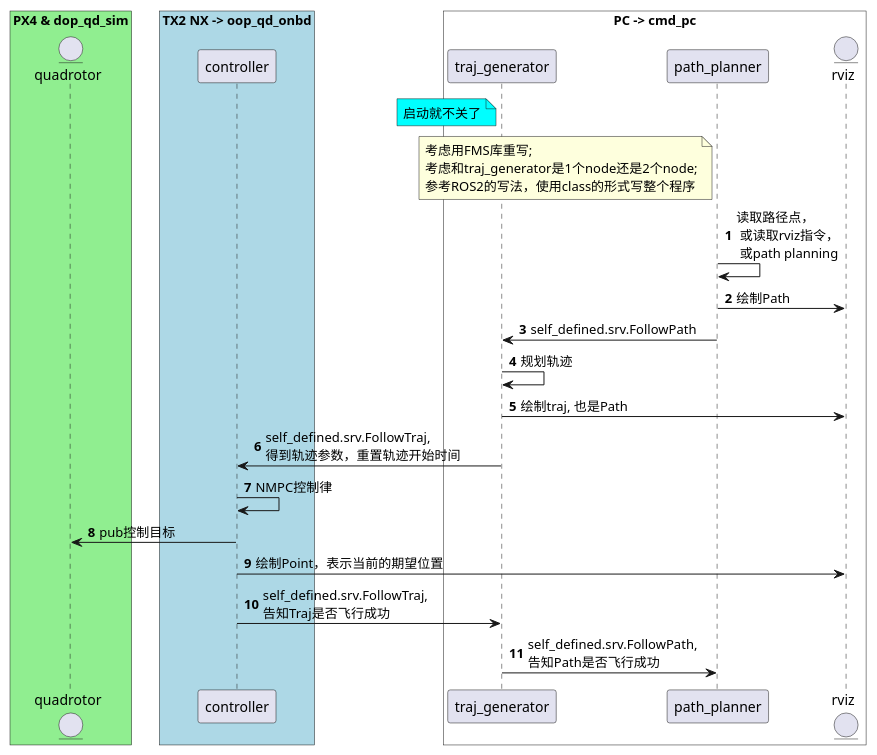
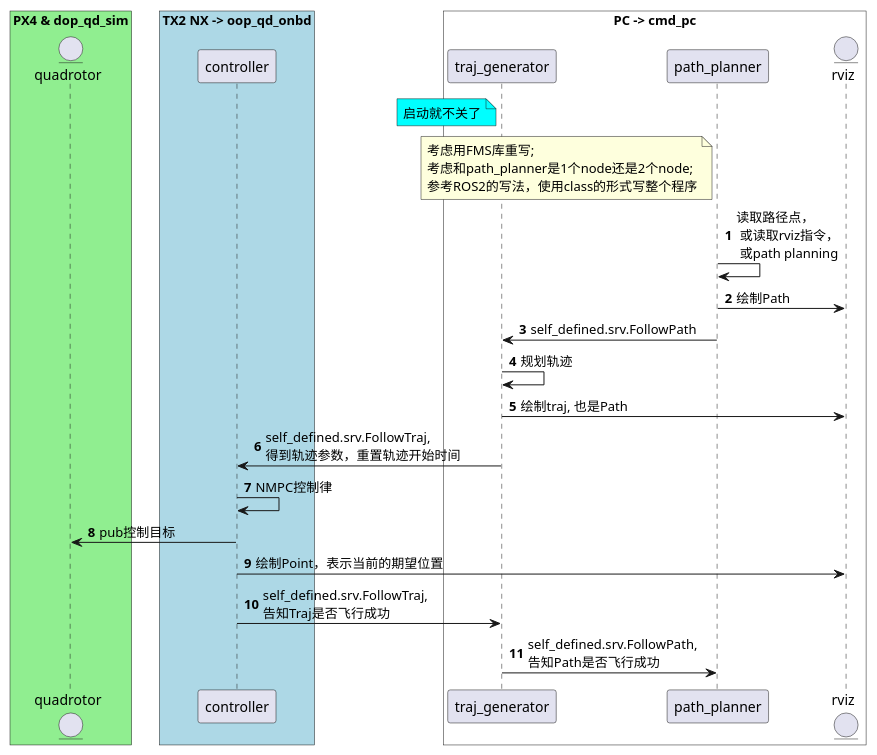
Before and after one commit to Li-Jinjie/cmd_pc: the diagram in UMLs/workflow.puml, drawn with PlantUML. The commit also changed 2 other files, not shown here.

```diff
--- a/UMLs/workflow.puml
+++ b/UMLs/workflow.puml
@@ -1,72 +1,72 @@
 @startuml
 'https://plantuml.com/sequence-diagram
 
 autonumber
 
 box "PX4 & dop_qd_sim" #LightGreen
 entity quadrotor
 end box
 
 box "TX2 NX -> oop_qd_onbd" #LightBLUE
 participant controller
 end box
 'note right of pt_publisher #aqua
 '需要从ROS里拿一个parameter
 '确定是选SE3还是NMPC
 'end note
 
 box "PC -> cmd_pc" #White
 participant traj_generator
 participant path_planner
 entity rviz
 end box
 
 note left of traj_generator #aqua
 启动就不关了
 end note
 
 note left of path_planner
 考虑用FMS库重写;
-考虑和traj_generator是1个node还是2个node;
+考虑和path_planner是1个node还是2个node;
 参考ROS2的写法，使用class的形式写整个程序
 end note
 
 path_planner -> path_planner: 读取路径点，\n 或读取rviz指令，\n 或path planning
 path_planner -> rviz: 绘制Path
 path_planner -> traj_generator: self_defined.srv.FollowPath
 
 
 traj_generator -> traj_generator: 规划轨迹
 traj_generator -> rviz: 绘制traj, 也是Path
 traj_generator -> controller: self_defined.srv.FollowTraj, \n得到轨迹参数，重置轨迹开始时间
 
 controller -> controller: NMPC控制律
 controller -> quadrotor: pub控制目标
 controller -> rviz: 绘制Point，表示当前的期望位置
 
 
 controller -> traj_generator: self_defined.srv.FollowTraj, \n告知Traj是否飞行成功
 traj_generator -> path_planner: self_defined.srv.FollowPath, \n告知Path是否飞行成功
 
 'controller -> traj_generator: self_defined.srv.GetTraj, \n告知当前点已飞行完毕，当前点位置
 'note left
 '状态: IDLE
 'end note
 '
 'traj_generator -> path_planner: nav.msgs.srv.GetPlan, \n告知当前点已飞行完毕，当前点位置
 '
 'path_planner -> path_planner: path planning
 'path_planner -> rviz: 绘制Path
 'path_planner -> traj_generator: nav.msgs.srv.GetPlan, 回复Path, 得到全部路径点
 '
 'traj_generator -> traj_generator: 规划轨迹
 'traj_generator -> rviz: 绘制轨迹
 'traj_generator -> controller: self_defined.srv.GetTraj, 得到轨迹参数，重置轨迹开始时间
 'note left
 '状态: PUB
 'end note
 '
 'controller -> rviz: 绘制Point，表示当前的期望位置
 
 
 @enduml
```
